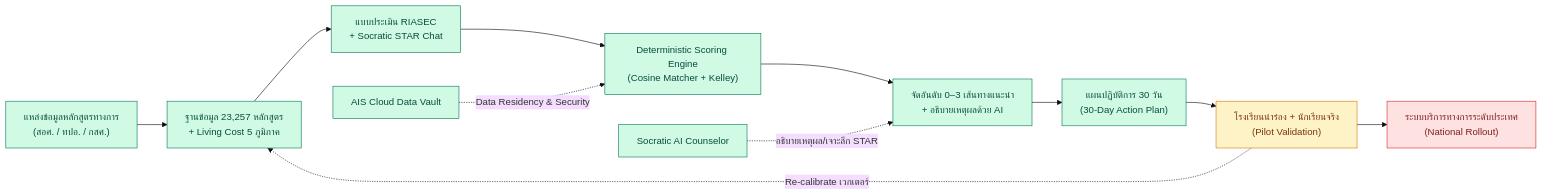
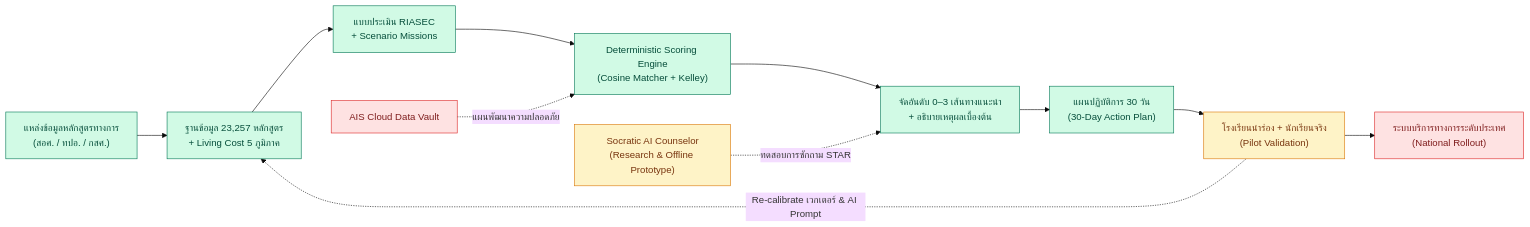
Before and after one commit to Pongkarm/Future_Me: the first of 2 diagrams in README.md, drawn with Mermaid (base theme). The commit also changed other lines of this file and 1 other file, not shown here.

Commit message:
docs: strictly align readiness matrix and workflow diagrams with honest technical status (AI in research & validation phase)

````diff
--- a/README.md
+++ b/README.md
@@ -87,20 +87,20 @@
 ```mermaid
 flowchart LR
     A["แหล่งข้อมูลหลักสูตรทางการ<br/>(สอศ. / ทปอ. / กสศ.)"] --> B["ฐานข้อมูล 23,257 หลักสูตร<br/>+ Living Cost 5 ภูมิภาค"]
-    B --> C["แบบประเมิน RIASEC<br/>+ Socratic STAR Chat"]
+    B --> C["แบบประเมิน RIASEC<br/>+ Scenario Missions"]
     C --> D["Deterministic Scoring Engine<br/>(Cosine Matcher + Kelley)"]
-    D --> E["จัดอันดับ 0–3 เส้นทางแนะนำ<br/>+ อธิบายเหตุผลด้วย AI"]
+    D --> E["จัดอันดับ 0–3 เส้นทางแนะนำ<br/>+ อธิบายเหตุผลเบื้องต้น"]
     E --> F["แผนปฏิบัติการ 30 วัน<br/>(30-Day Action Plan)"]
     F --> G["โรงเรียนนำร่อง + นักเรียนจริง<br/>(Pilot Validation)"]
-    G -. "Re-calibrate เวกเตอร์" .-> B
+    G -. "Re-calibrate เวกเตอร์ & AI Prompt" .-> B
     G --> H["ระบบบริการทางการระดับประเทศ<br/>(National Rollout)"]
 
-    I["Socratic AI Counselor"] -. "อธิบายเหตุผล/เจาะลึก STAR" .-> E
-    J["AIS Cloud Data Vault"] -. "Data Residency & Security" .-> D
+    I["Socratic AI Counselor<br/>(Research & Offline Prototype)"] -. "ทดสอบการซักถาม STAR" .-> E
+    J["AIS Cloud Data Vault"] -. "แผนพัฒนาความปลอดภัย" .-> D
     classDef working fill:#d1fae5,stroke:#047857,color:#064e3b;
     classDef validating fill:#fef3c7,stroke:#d97706,color:#78350f;
     classDef planned fill:#fee2e2,stroke:#dc2626,color:#7f1d1d;
-    class A,B,C,D,E,F,I,J working;
-    class G validating;
-    class H planned;
+    class A,B,C,D,E,F working;
+    class G,I validating;
+    class H,J planned;
 ```
````
